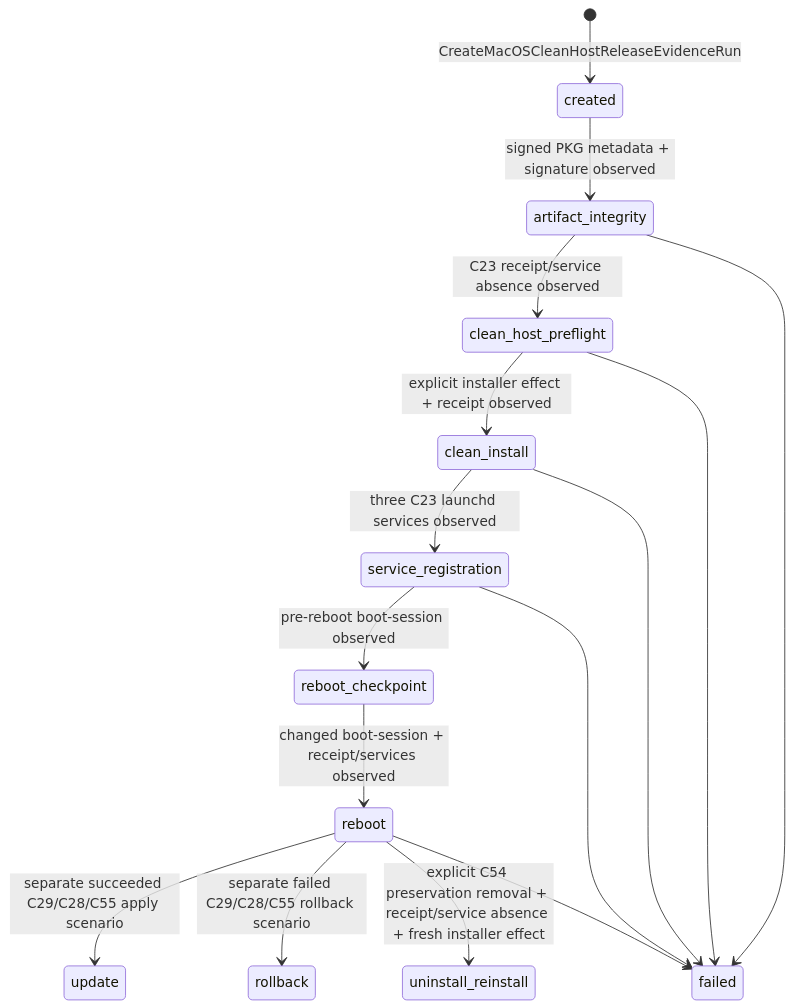
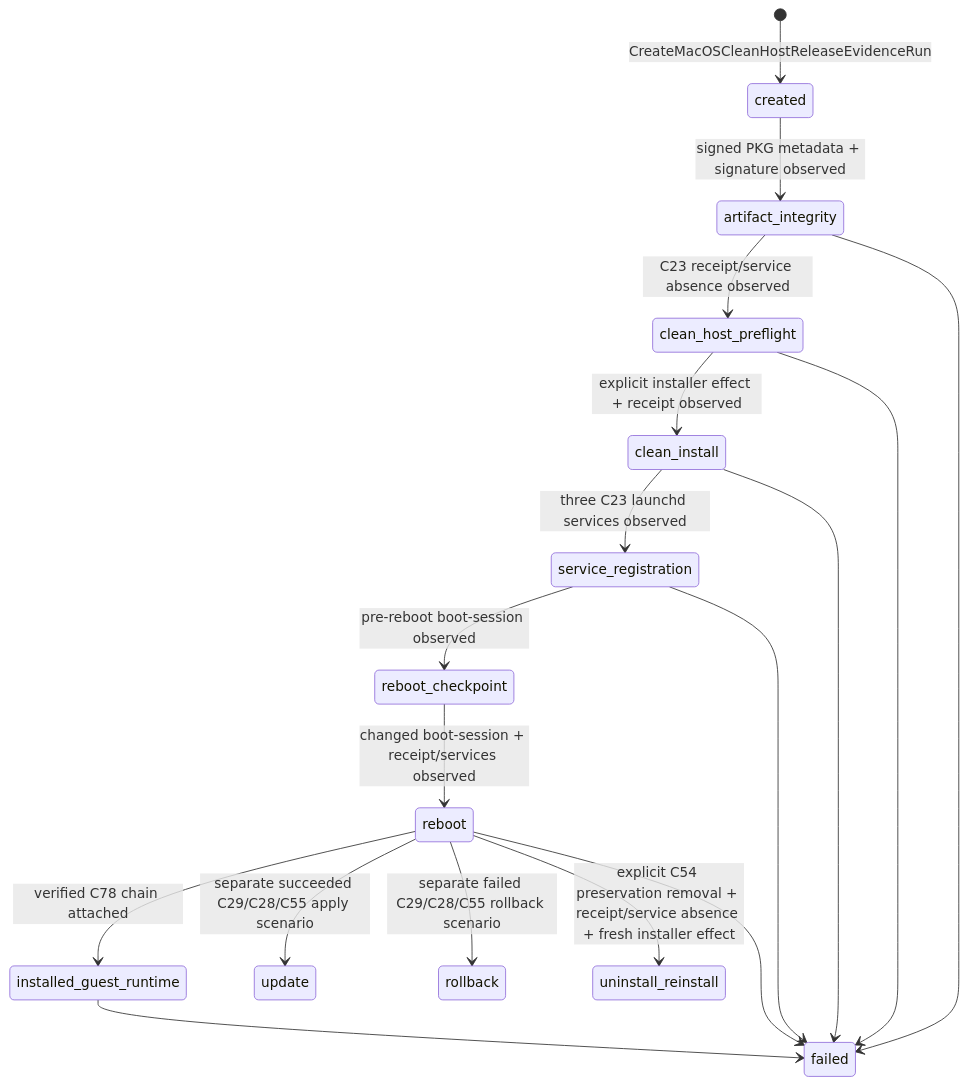
The diagram in docs/architecture/macos-clean-host-release-evidence-boundary.md (tirosh-chain/tirosh-vitalserver), drawn with Mermaid before and after one commit. The commit also changed other lines of this file and 26 other files, not shown here.

Commit message:
feat(delivery): bind installed runtime release evidence

````diff
--- a/docs/architecture/macos-clean-host-release-evidence-boundary.md
+++ b/docs/architecture/macos-clean-host-release-evidence-boundary.md
@@ -66,19 +67,21 @@
 ```mermaid
 stateDiagram-v2
     [*] --> created: CreateMacOSCleanHostReleaseEvidenceRun
     created --> artifact_integrity: signed PKG metadata + signature observed
     artifact_integrity --> clean_host_preflight: C23 receipt/service absence observed
     clean_host_preflight --> clean_install: explicit installer effect + receipt observed
     clean_install --> service_registration: three C23 launchd services observed
     service_registration --> reboot_checkpoint: pre-reboot boot-session observed
     reboot_checkpoint --> reboot: changed boot-session + receipt/services observed
+    reboot --> installed_guest_runtime: verified C78 chain attached
     reboot --> update: separate succeeded C29/C28/C55 apply scenario
     reboot --> rollback: separate failed C29/C28/C55 rollback scenario
     reboot --> uninstall_reinstall: explicit C54 preservation removal + receipt/service absence + fresh installer effect
 
     artifact_integrity --> failed
     clean_host_preflight --> failed
     clean_install --> failed
     service_registration --> failed
     reboot --> failed
+    installed_guest_runtime --> failed
 ```
````
